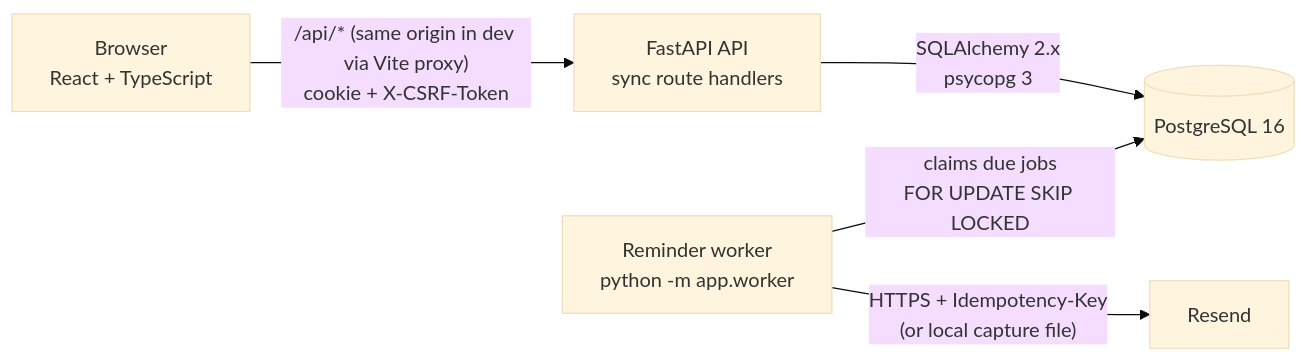
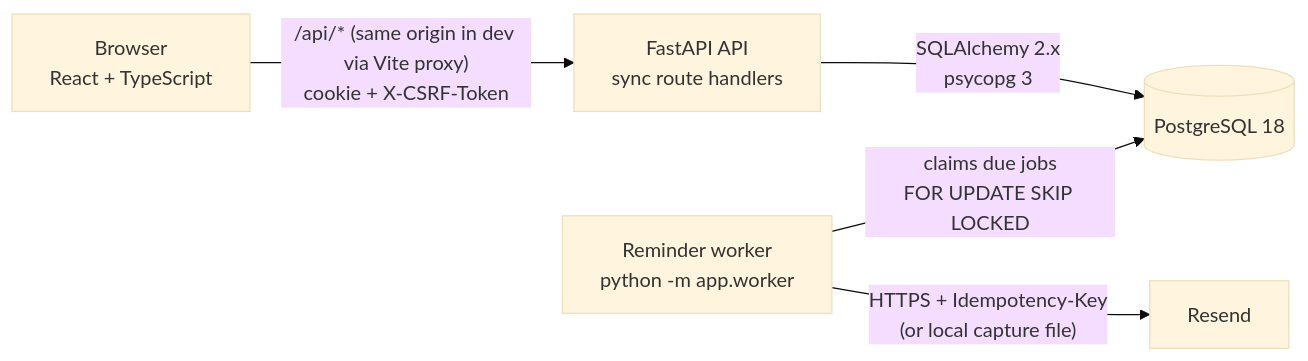
The first of 2 diagrams in README.md (kplaza1009-create/campusflow), drawn with Mermaid (base theme) before and after one commit. The commit also changed other lines of this file and 2 other files, not shown here.

First line of the commit message:
Move to PostgreSQL 18 and pin database sessions to UTC

````diff
--- a/README.md
+++ b/README.md
@@ -46,7 +46,7 @@
 ```mermaid
 flowchart LR
   B[Browser<br/>React + TypeScript] -- "/api/* (same origin in dev via Vite proxy)<br/>cookie + X-CSRF-Token" --> A[FastAPI API<br/>sync route handlers]
-  A -- SQLAlchemy 2.x<br/>psycopg 3 --> D[(PostgreSQL 16)]
+  A -- SQLAlchemy 2.x<br/>psycopg 3 --> D[(PostgreSQL 18)]
   W[Reminder worker<br/>python -m app.worker] -- "claims due jobs<br/>FOR UPDATE SKIP LOCKED" --> D
   W -- "HTTPS + Idempotency-Key<br/>(or local capture file)" --> R[Resend]
 ```
````
